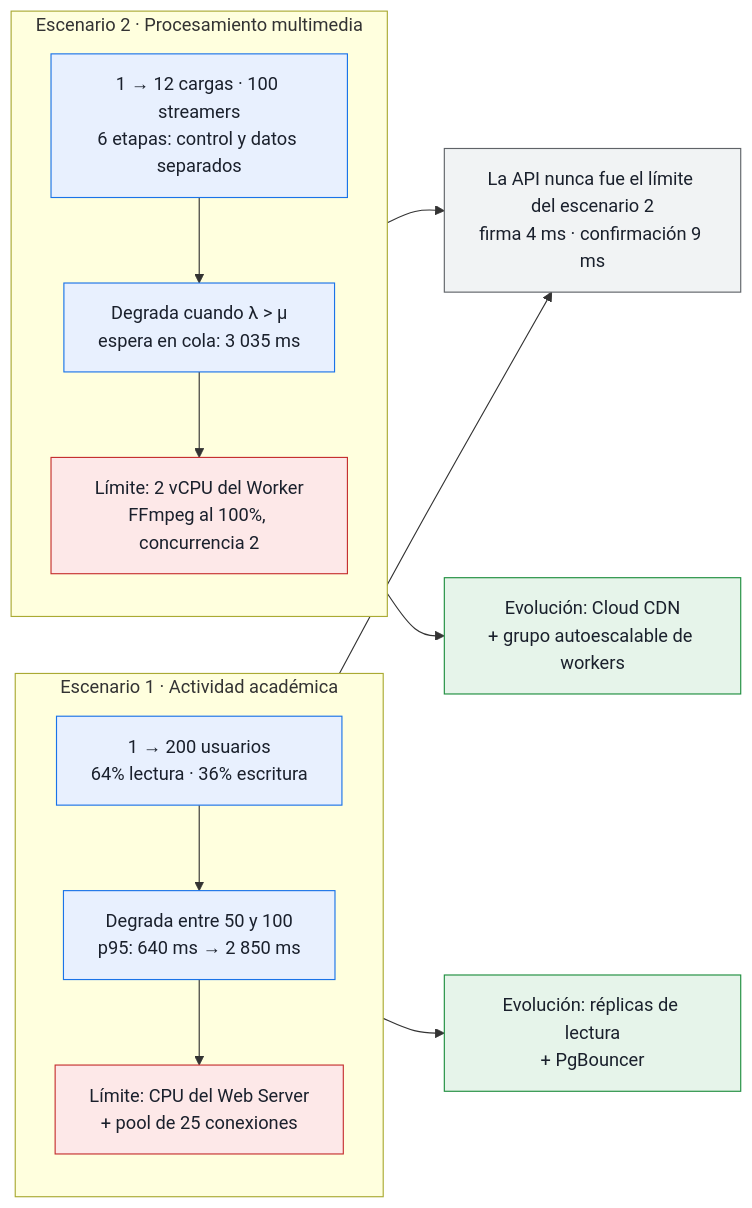
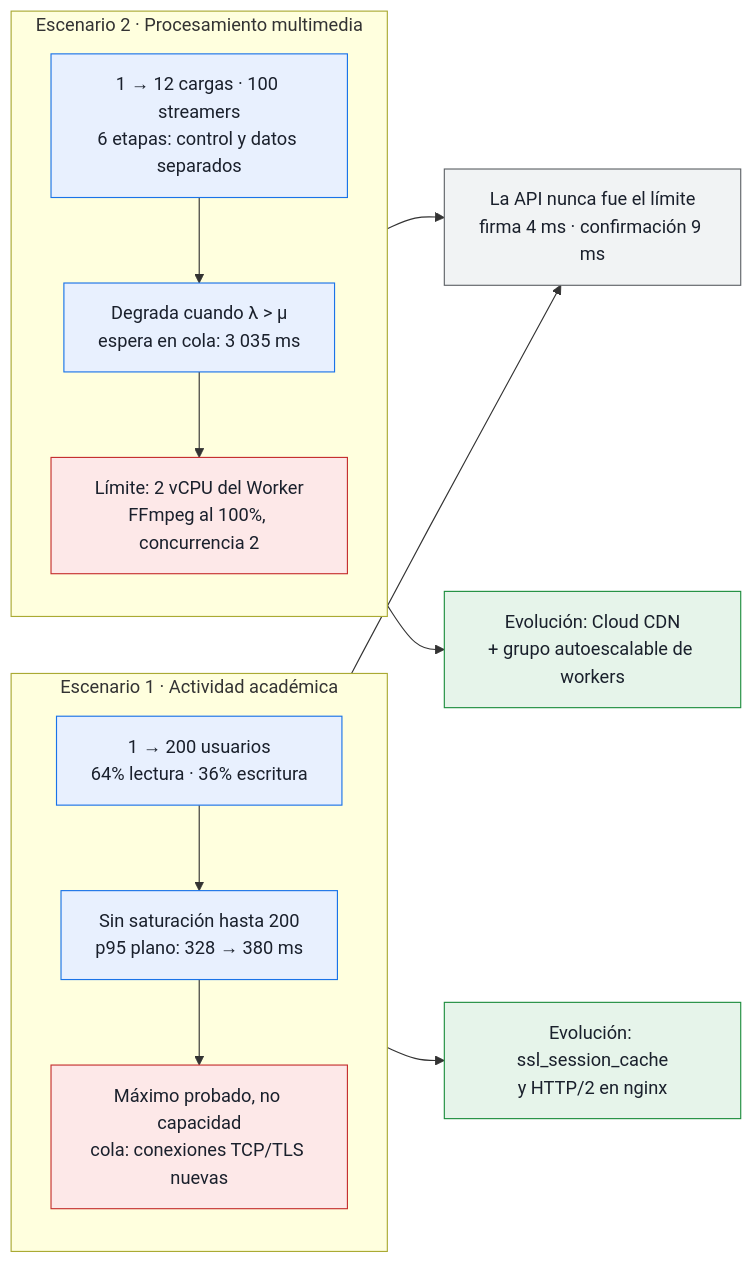
The diagram in docs/entrega2/evidencias/I3/resumen_ejecutivo_capacidad.md (ISIS4426-2026/Plataforma-MOOC), drawn with Mermaid before and after one commit. The commit also changed other lines of this file and 3 other files, not shown here.

````diff
--- a/docs/entrega2/evidencias/I3/resumen_ejecutivo_capacidad.md
+++ b/docs/entrega2/evidencias/I3/resumen_ejecutivo_capacidad.md
@@ -11,35 +11,35 @@
 ```mermaid
 flowchart LR
     subgraph e1 ["Escenario 1 · Actividad académica"]
         direction TB
         a1["1 → 200 usuarios<br/>64% lectura · 36% escritura"]
-        a2["Degrada entre 50 y 100<br/>p95: 640 ms → 2 850 ms"]
-        a3["Límite: CPU del Web Server<br/>+ pool de 25 conexiones"]
+        a2["Sin saturación hasta 200<br/>p95 plano: 328 → 380 ms"]
+        a3["Máximo probado, no capacidad<br/>cola: conexiones TCP/TLS nuevas"]
         a1 --> a2 --> a3
     end
 
     subgraph e2 ["Escenario 2 · Procesamiento multimedia"]
         direction TB
         b1["1 → 12 cargas · 100 streamers<br/>6 etapas: control y datos separados"]
         b2["Degrada cuando λ &gt; μ<br/>espera en cola: 3 035 ms"]
         b3["Límite: 2 vCPU del Worker<br/>FFmpeg al 100%, concurrencia 2"]
         b1 --> b2 --> b3
     end
 
-    a3 --> eco["La API nunca fue el límite del escenario 2<br/>firma 4 ms · confirmación 9 ms"]
+    a3 --> eco["La API nunca fue el límite<br/>firma 4 ms · confirmación 9 ms"]
     b3 --> eco
 
-    ev1["Evolución: réplicas de lectura<br/>+ PgBouncer"]
+    ev1["Evolución: ssl_session_cache<br/>y HTTP/2 en nginx"]
     ev2["Evolución: Cloud CDN<br/>+ grupo autoescalable de workers"]
     a3 --> ev1
     b3 --> ev2
 
     classDef carga fill:#e8f0fe,stroke:#1a73e8,color:#1a202c
     classDef limite fill:#fde8e8,stroke:#c53030,color:#1a202c
     classDef evol fill:#e6f4ea,stroke:#1e8e3e,color:#1a202c
     classDef nota fill:#f1f3f4,stroke:#5f6368,color:#1a202c
     class a1,b1,a2,b2 carga
     class a3,b3 limite
     class ev1,ev2 evol
     class eco nota
 ```
````
